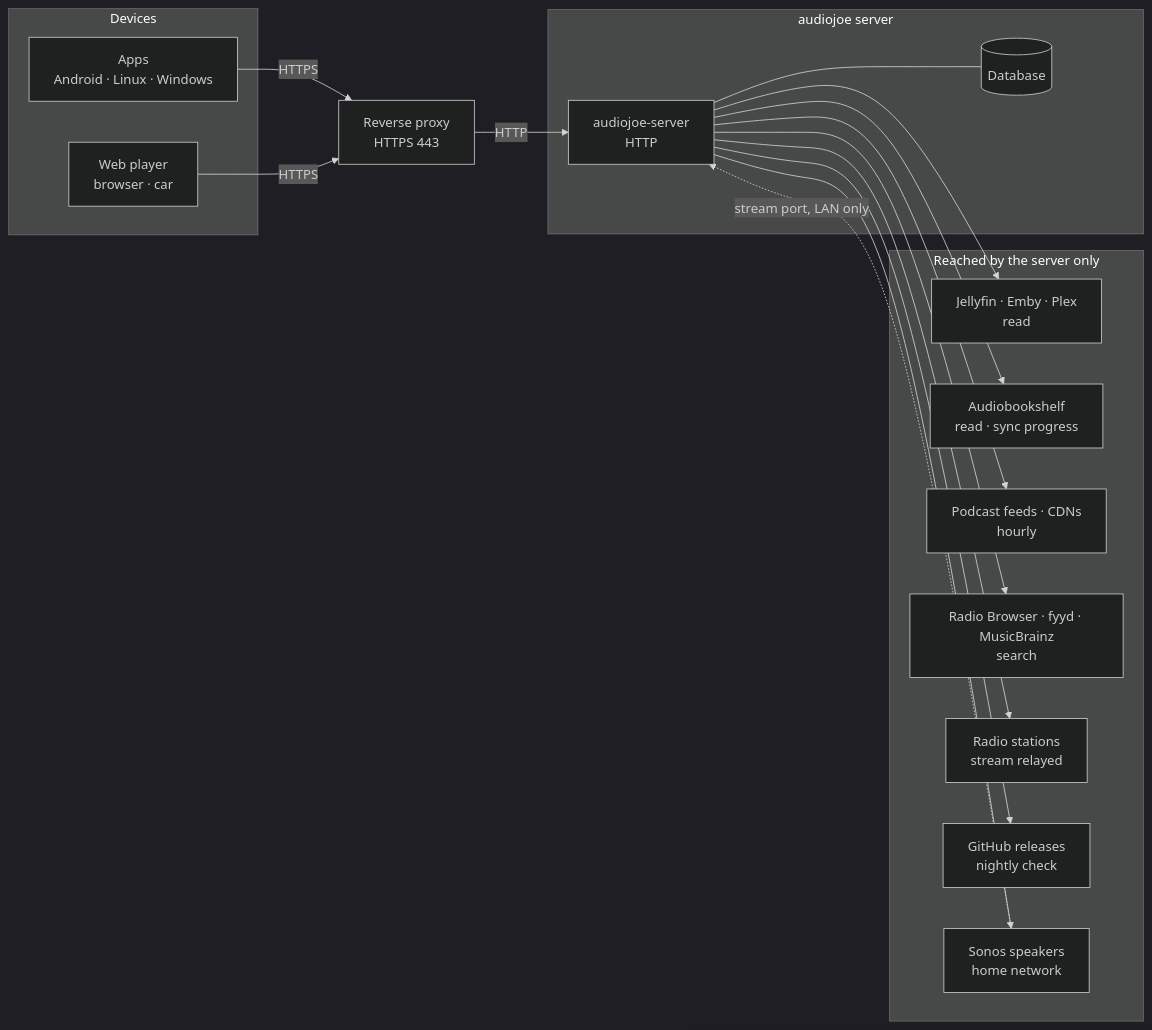
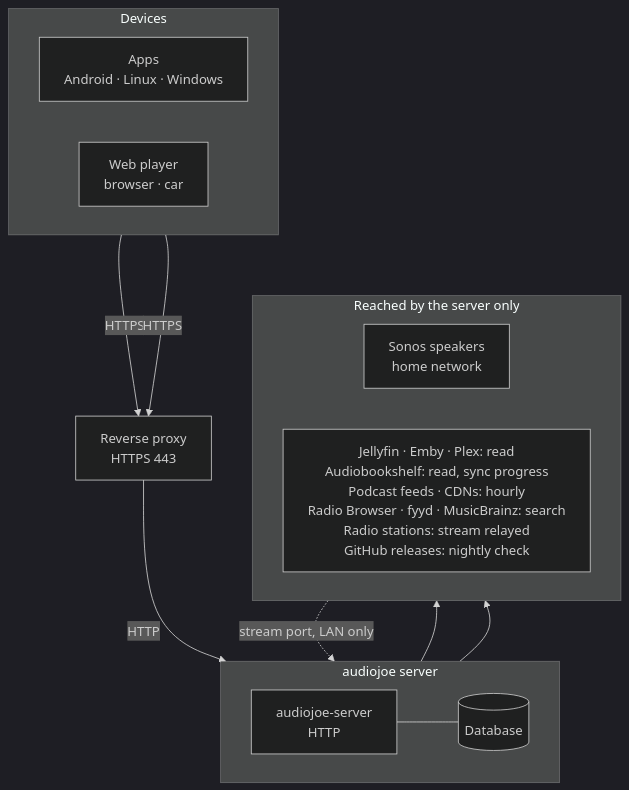
Before and after one commit to joeMJ/audiojoe: the first of 2 diagrams in docs/ARCHITEKTUR.en.md, drawn with Mermaid (dark theme). The commit also changed 1 other file, not shown here.

Commit message:
Doku: Netzschema lesbar (Internet-Ziele in einem Kasten, Sonos daneben), Windows-Mindestgröße VM-Bericht

````diff
--- a/docs/ARCHITEKTUR.en.md
+++ b/docs/ARCHITEKTUR.en.md
@@ -12,28 +12,27 @@
 ```mermaid
-flowchart LR
+%%{init: {"flowchart": {"wrappingWidth": 400}}}%%
+flowchart TB
   subgraph devices["Devices"]
+    direction LR
     app["Apps<br/>Android · Linux · Windows"]
     web["Web player<br/>browser · car"]
   end
   proxy["Reverse proxy<br/>HTTPS 443"]
   subgraph server["audiojoe server"]
+    direction LR
     api["audiojoe-server<br/>HTTP"]
     db[("Database")]
   end
   subgraph outside["Reached by the server only"]
-    media["Jellyfin · Emby · Plex<br/>read"]
-    abs["Audiobookshelf<br/>read · sync progress"]
-    feeds["Podcast feeds · CDNs<br/>hourly"]
-    dirs["Radio Browser · fyyd · MusicBrainz<br/>search"]
-    stations["Radio stations<br/>stream relayed"]
-    gh["GitHub releases<br/>nightly check"]
+    direction LR
     sonos["Sonos speakers<br/>home network"]
+    net["Jellyfin · Emby · Plex: read<br/>Audiobookshelf: read, sync progress<br/>Podcast feeds · CDNs: hourly<br/>Radio Browser · fyyd · MusicBrainz: search<br/>Radio stations: stream relayed<br/>GitHub releases: nightly check"]
   end
 
   app -->|HTTPS| proxy
   web -->|HTTPS| proxy
   proxy -->|HTTP| api
   api --- db
-  api --> media & abs & feeds & dirs & stations & gh & sonos
+  api --> net & sonos
   sonos -.->|"stream port, LAN only"| api
 ```
````
